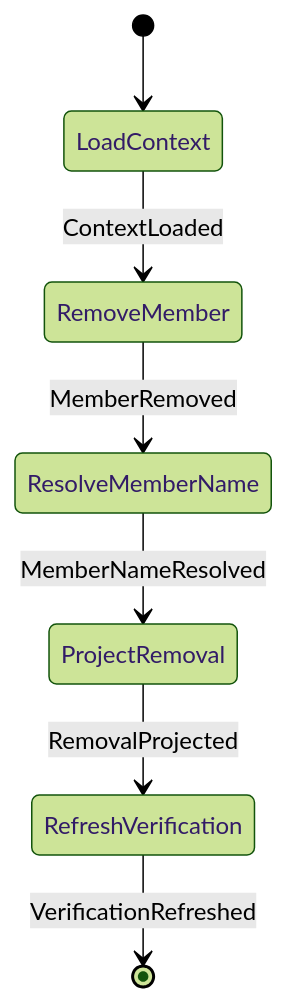
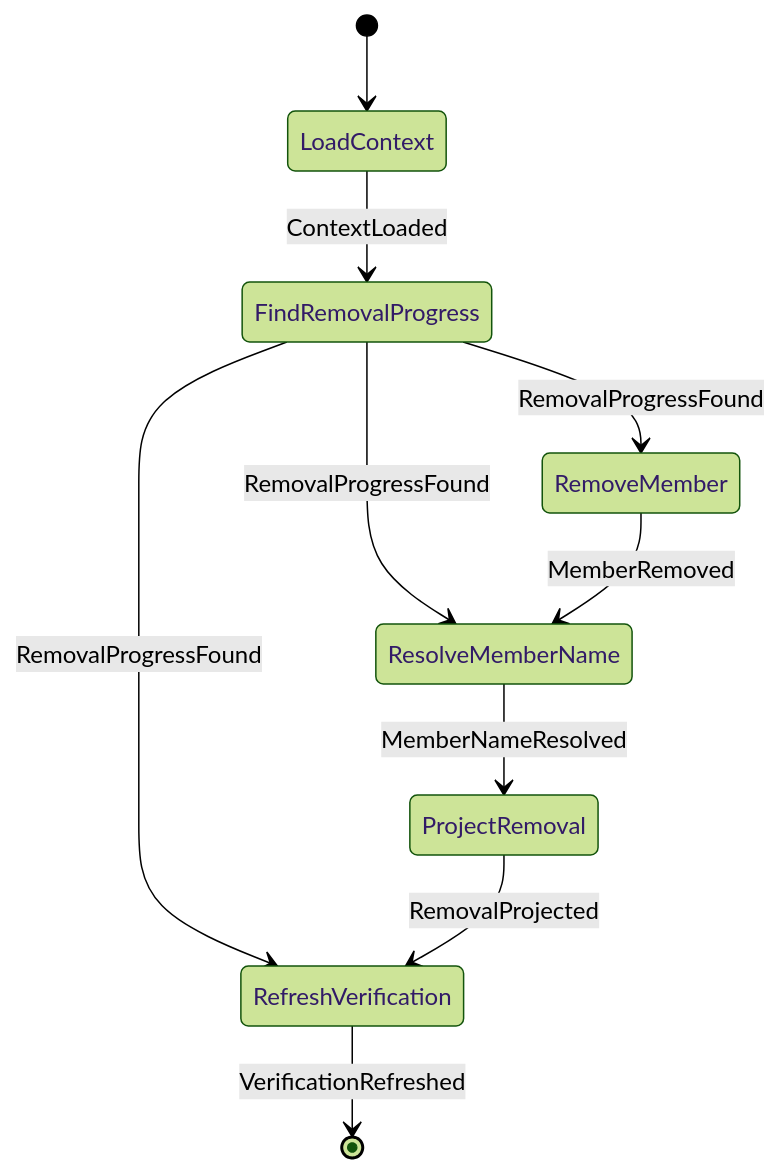
The sixth of 14 diagrams in docs/architecture/workflows/membership.md (cbgm/Sparrow), drawn with Mermaid (forest theme) before and after one commit. The commit also changed other lines of this file and 193 other files, not shown here.

````diff
--- a/docs/architecture/workflows/membership.md
+++ b/docs/architecture/workflows/membership.md
@@ -149,9 +155,12 @@
 ```mermaid
 stateDiagram-v2
     [*] --> LoadContext
-    LoadContext --> RemoveMember : ContextLoaded
+    LoadContext --> FindRemovalProgress : ContextLoaded
+    FindRemovalProgress --> RefreshVerification : RemovalProgressFound
+    FindRemovalProgress --> RemoveMember : RemovalProgressFound
+    FindRemovalProgress --> ResolveMemberName : RemovalProgressFound
     RemoveMember --> ResolveMemberName : MemberRemoved
     ResolveMemberName --> ProjectRemoval : MemberNameResolved
     ProjectRemoval --> RefreshVerification : RemovalProjected
     RefreshVerification --> [*] : VerificationRefreshed
 ```
````
